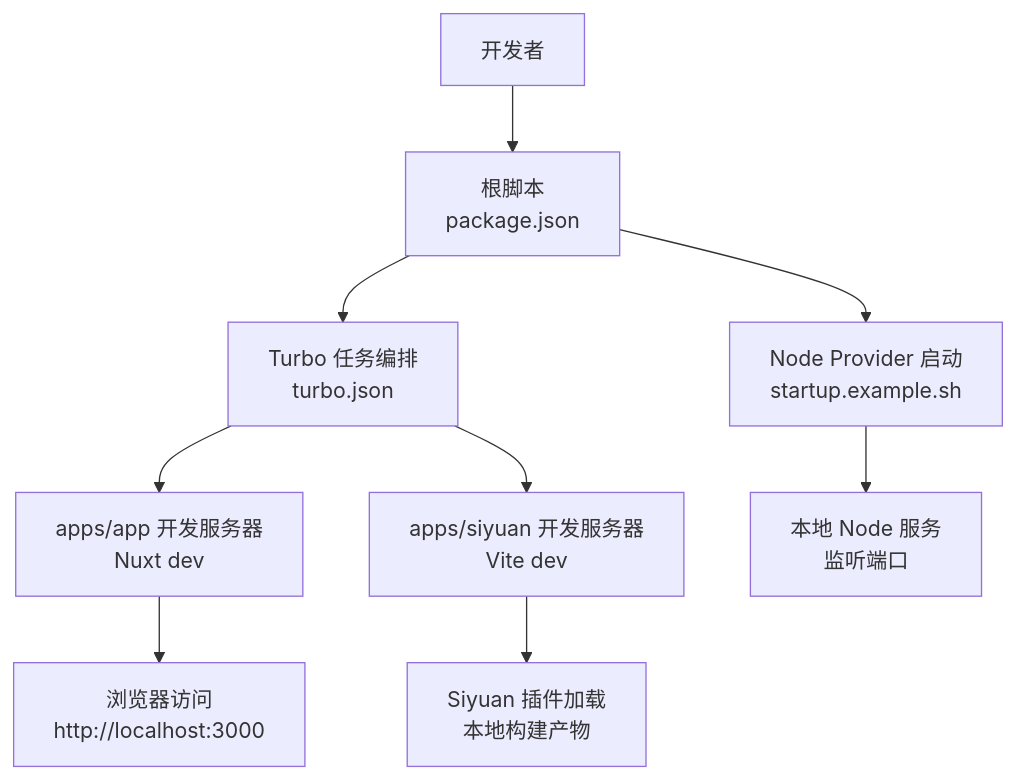
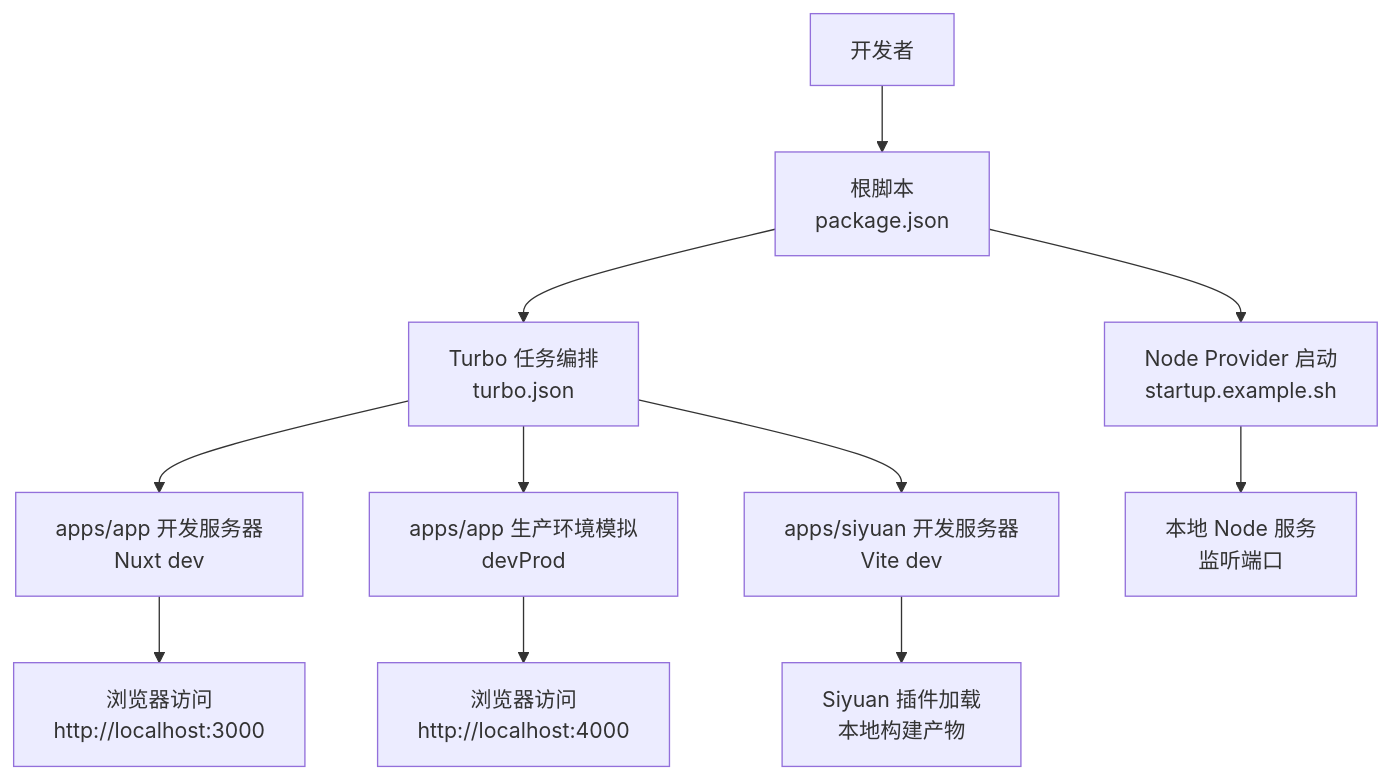
One commit to terwer/siyuan-plugin-blog changed the second of 3 diagrams in .qoder/repowiki/zh/content/开发者指南/开发环境搭建.md. Above: the diagram before and after it, drawn with Mermaid. The commit also changed other lines of this file and 6 other files, not shown here.

Commit message:
docs(zh): update theme guide with CSS props & devProd script

````diff
--- a/.qoder/repowiki/zh/content/开发者指南/开发环境搭建.md
+++ b/.qoder/repowiki/zh/content/开发者指南/开发环境搭建.md
@@ -107,11 +108,13 @@
 ```mermaid
 graph TB
 Dev["开发者"] --> RootScripts["根脚本<br/>package.json"]
 RootScripts --> Turbo["Turbo 任务编排<br/>turbo.json"]
 Turbo --> AppDev["apps/app 开发服务器<br/>Nuxt dev"]
+Turbo --> AppDevProd["apps/app 生产环境模拟<br/>devProd"]
 Turbo --> SiyuanDev["apps/siyuan 开发服务器<br/>Vite dev"]
 AppDev --> Browser["浏览器访问<br/>http://localhost:3000"]
+AppDevProd --> BrowserProd["浏览器访问<br/>http://localhost:4000"]
 SiyuanDev --> SiyuanHost["Siyuan 插件加载<br/>本地构建产物"]
 RootScripts --> NodeProvider["Node Provider 启动<br/>startup.example.sh"]
 NodeProvider --> NodeServer["本地 Node 服务<br/>监听端口"]
 ```
````
